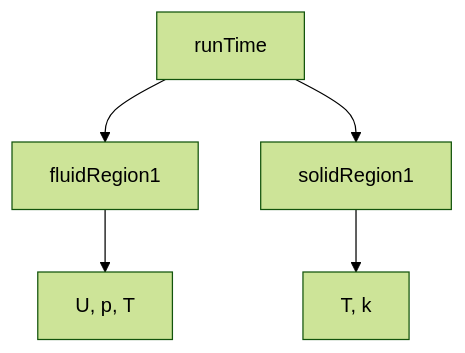
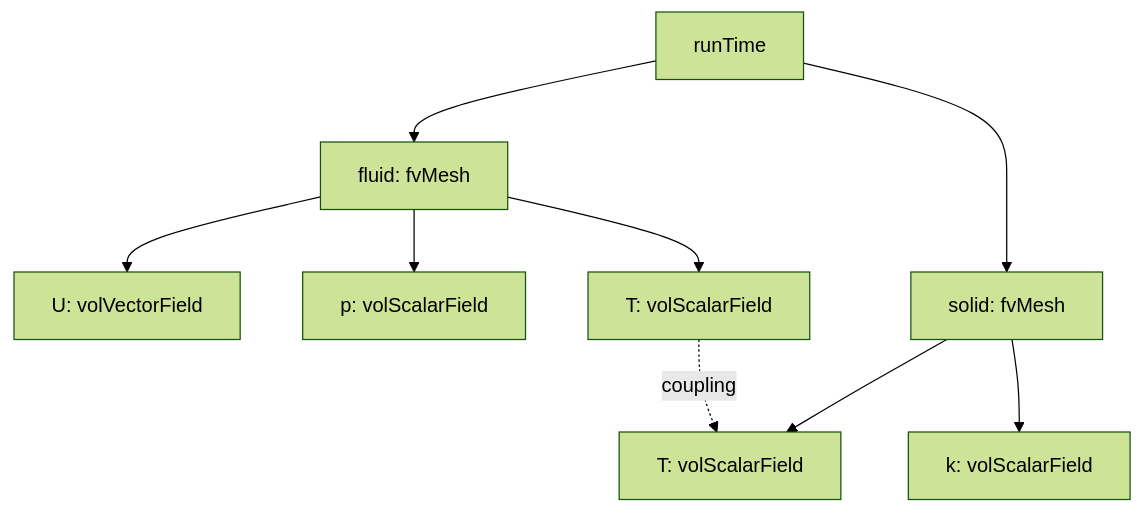
One commit to wramet/build-my-cfd changed the diagram in MODULE_06_ADVANCED_PHYSICS/CONTENT/02_COUPLED_PHYSICS/04_Object_Registry_Architecture.md. Above: the diagram before and after it, drawn with Mermaid (forest theme). The commit also changed other lines of this file and 107 other files, not shown here.

````diff
--- a/MODULE_06_ADVANCED_PHYSICS/CONTENT/02_COUPLED_PHYSICS/04_Object_Registry_Architecture.md
+++ b/MODULE_06_ADVANCED_PHYSICS/CONTENT/02_COUPLED_PHYSICS/04_Object_Registry_Architecture.md
@@ -15,7 +78,11 @@
 ```mermaid
 flowchart TD
-    A[runTime] --> B[fluidRegion1]
-    A --> C[solidRegion1]
-    B --> D[U, p, T]
-    C --> E[T, k]
+    A[runTime] --> B[fluid: fvMesh]
+    A --> C[solid: fvMesh]
+    B --> D[U: volVectorField]
+    B --> E[p: volScalarField]
+    B --> F[T: volScalarField]
+    C --> G[T: volScalarField]
+    C --> H[k: volScalarField]
+    F -.->|coupling| G
 ```
````
